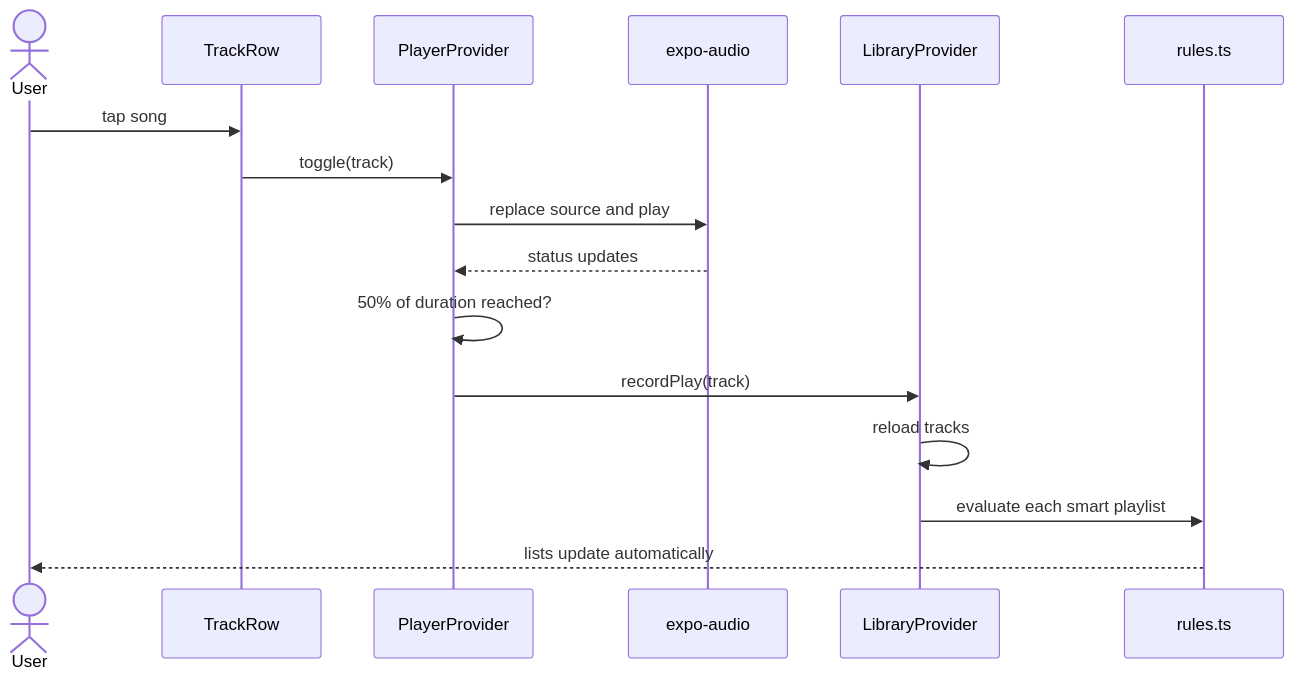
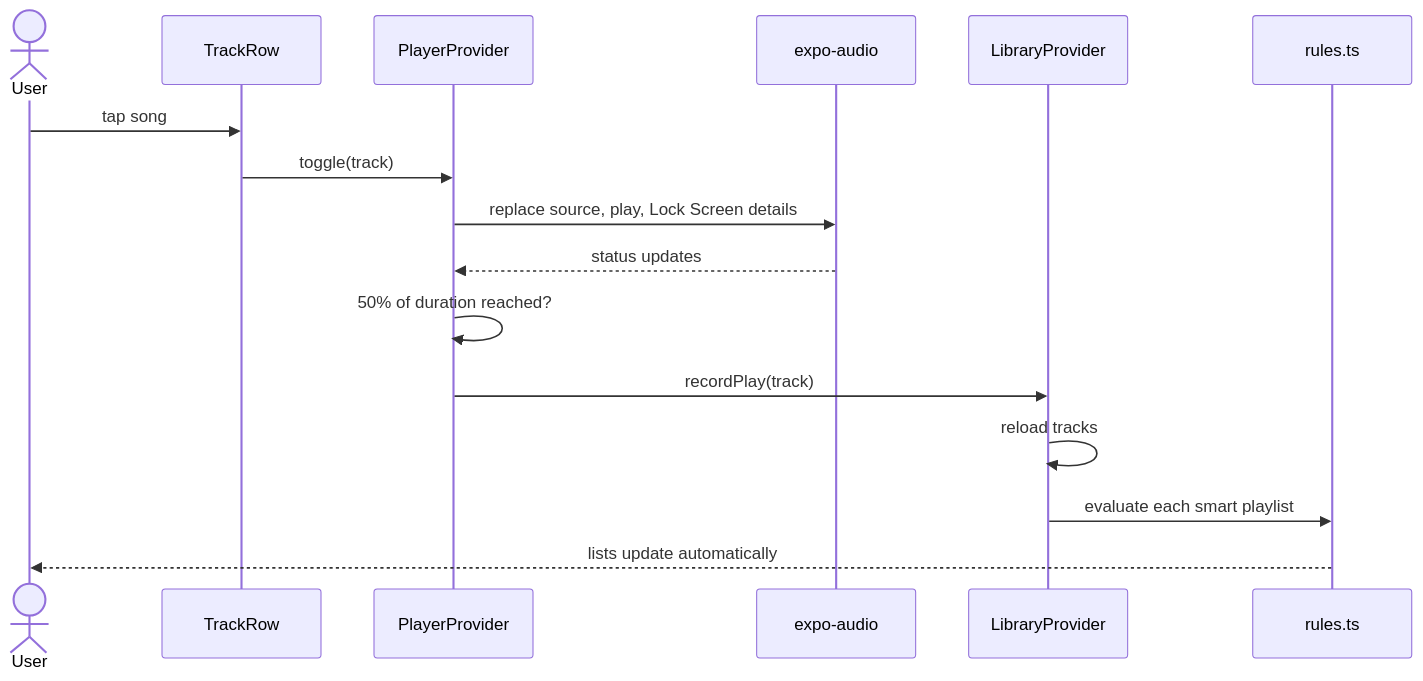
The fifth of 5 diagrams in docs/ARCHITECTURE.md (sabrinasalomon/CoryMusic), drawn with Mermaid before and after one commit. The commit also changed other lines of this file and 22 other files, not shown here.

````diff
--- a/docs/ARCHITECTURE.md
+++ b/docs/ARCHITECTURE.md
@@ -143,19 +188,19 @@
 ```mermaid
 sequenceDiagram
     actor U as User
     participant R as TrackRow
     participant PL as PlayerProvider
     participant A as expo-audio
     participant LP as LibraryProvider
     participant RU as rules.ts
 
     U->>R: tap song
     R->>PL: toggle(track)
-    PL->>A: replace source and play
+    PL->>A: replace source, play, Lock Screen details
     A-->>PL: status updates
     PL->>PL: 50% of duration reached?
     PL->>LP: recordPlay(track)
     LP->>LP: reload tracks
     LP->>RU: evaluate each smart playlist
     RU-->>U: lists update automatically
 ```
````
